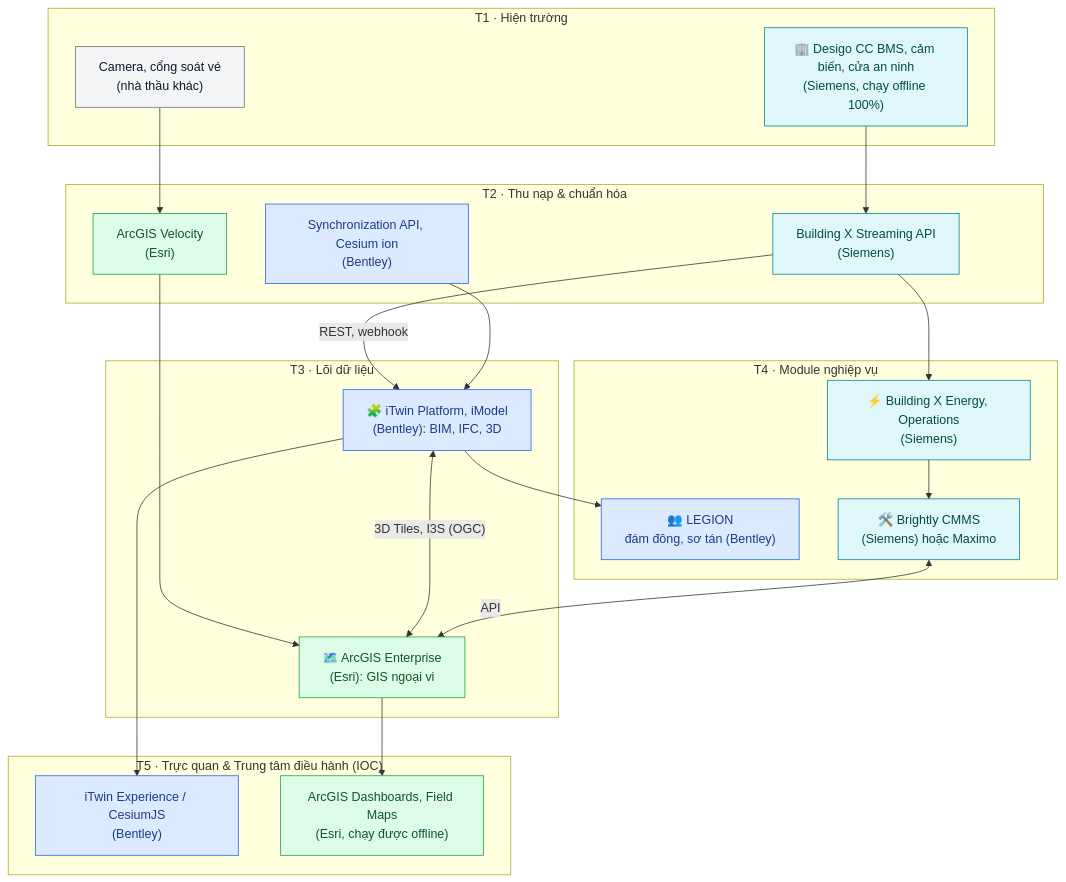
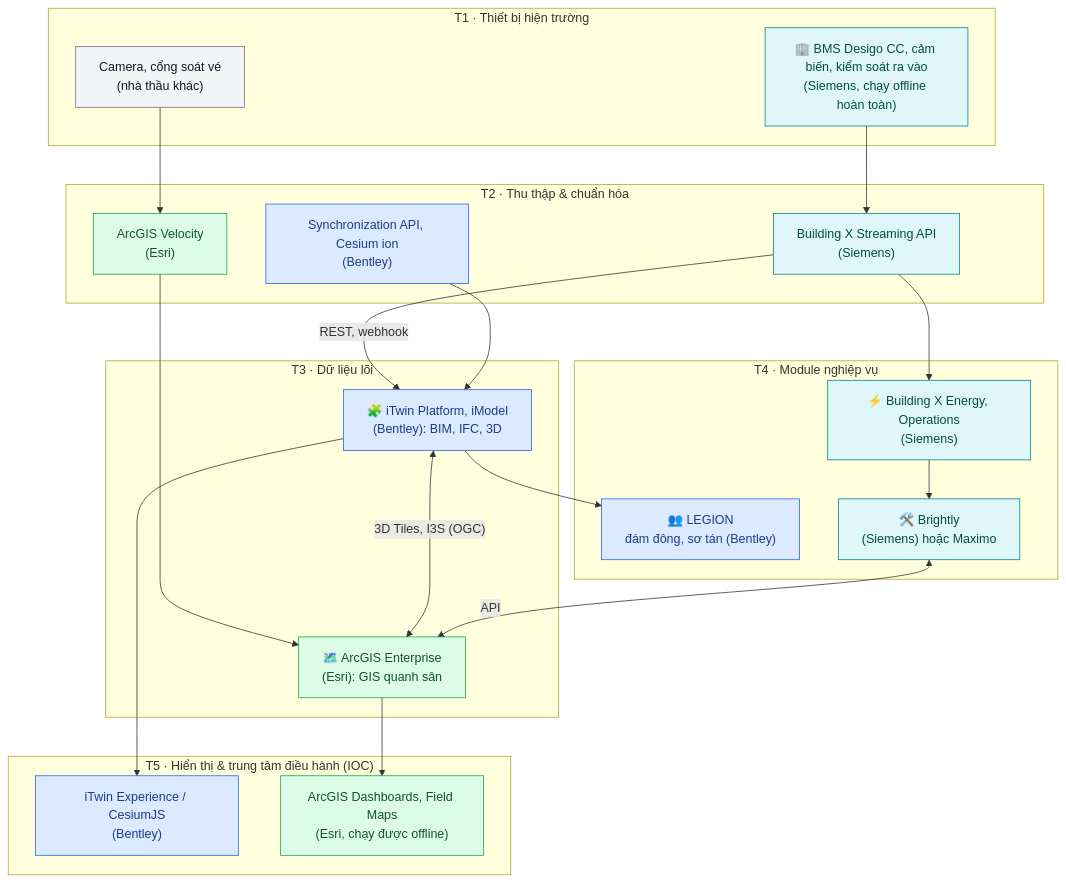
The tenth of 11 diagrams in bao-cao-benchmark-tong-hop-5-he-sinh-thai.md (hoangtrunghieu0025-lab/internship_report), drawn with Mermaid before and after one commit. The commit also changed other lines of this file, not shown here.

````diff
--- a/bao-cao-benchmark-tong-hop-5-he-sinh-thai.md
+++ b/bao-cao-benchmark-tong-hop-5-he-sinh-thai.md
@@ -406,45 +406,45 @@
 ```mermaid
 flowchart TB
-    subgraph L5["T5 · Trực quan & Trung tâm điều hành (IOC)"]
+    subgraph L5["T5 · Hiển thị & trung tâm điều hành (IOC)"]
         V1["iTwin Experience / CesiumJS<br/>(Bentley)"]
         V2["ArcGIS Dashboards, Field Maps<br/>(Esri, chạy được offline)"]
     end
     subgraph L4["T4 · Module nghiệp vụ"]
         M1["👥 LEGION<br/>đám đông, sơ tán (Bentley)"]
         M2["⚡ Building X Energy, Operations<br/>(Siemens)"]
-        M3["🛠️ Brightly CMMS<br/>(Siemens) hoặc Maximo"]
+        M3["🛠️ Brightly<br/>(Siemens) hoặc Maximo"]
     end
-    subgraph L3["T3 · Lõi dữ liệu"]
+    subgraph L3["T3 · Dữ liệu lõi"]
         D1["🧩 iTwin Platform, iModel<br/>(Bentley): BIM, IFC, 3D"]
-        D2["🗺️ ArcGIS Enterprise<br/>(Esri): GIS ngoại vi"]
+        D2["🗺️ ArcGIS Enterprise<br/>(Esri): GIS quanh sân"]
     end
-    subgraph L2["T2 · Thu nạp & chuẩn hóa"]
+    subgraph L2["T2 · Thu thập & chuẩn hóa"]
         I1["Synchronization API, Cesium ion<br/>(Bentley)"]
         I2["ArcGIS Velocity<br/>(Esri)"]
         I3["Building X Streaming API<br/>(Siemens)"]
     end
-    subgraph L1["T1 · Hiện trường"]
-        F1["🏢 Desigo CC BMS, cảm biến, cửa an ninh<br/>(Siemens, chạy offline 100%)"]
+    subgraph L1["T1 · Thiết bị hiện trường"]
+        F1["🏢 BMS Desigo CC, cảm biến, kiểm soát ra vào<br/>(Siemens, chạy offline hoàn toàn)"]
         F2["Camera, cổng soát vé<br/>(nhà thầu khác)"]
     end
     F1 --> I3
     F2 --> I2
     I3 -- "REST, webhook" --> D1
     I3 --> M2
     I2 --> D2
     I1 --> D1
     D1 <-->|"3D Tiles, I3S (OGC)"| D2
     D1 --> M1
     M2 --> M3
     D1 --> V1
     D2 --> V2
     M3 <-->|"API"| D2
     classDef sie fill:#e0f7fa,stroke:#00838f,color:#004d40
     classDef ben fill:#dbeafe,stroke:#2563eb,color:#1e3a8a
     classDef esr fill:#dcfce7,stroke:#16a34a,color:#14532d
     classDef oth fill:#f3f4f6,stroke:#6b7280,color:#111827
     class F1,I3,M2,M3 sie
     class I1,D1,M1,V1 ben
     class I2,D2,V2 esr
     class F2 oth
 ```
````
